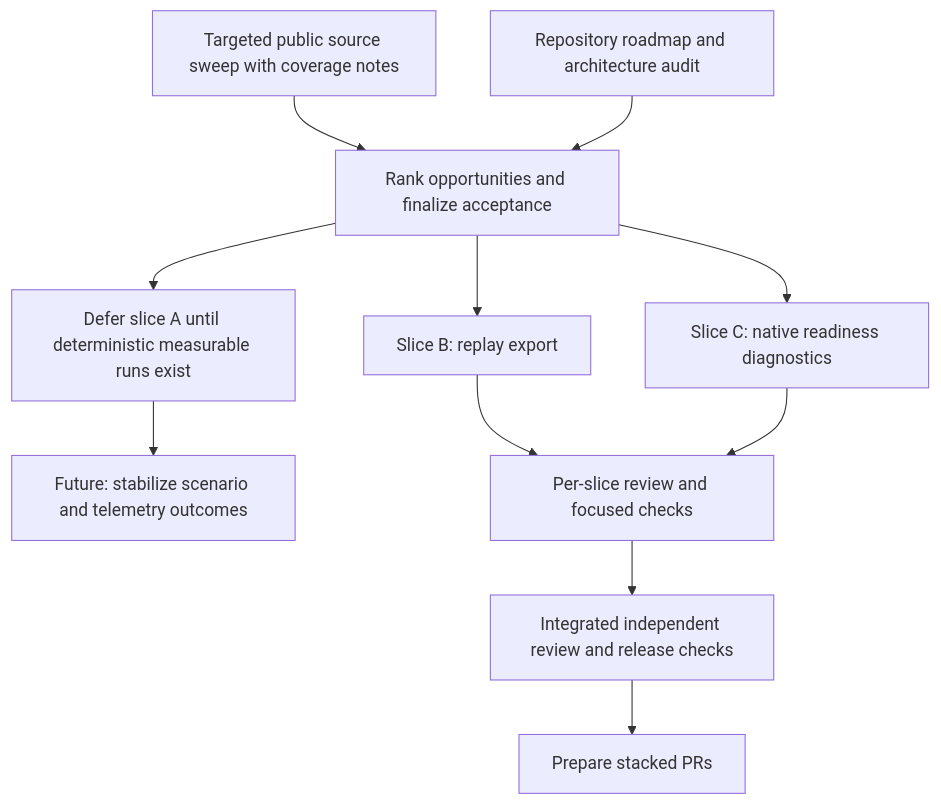
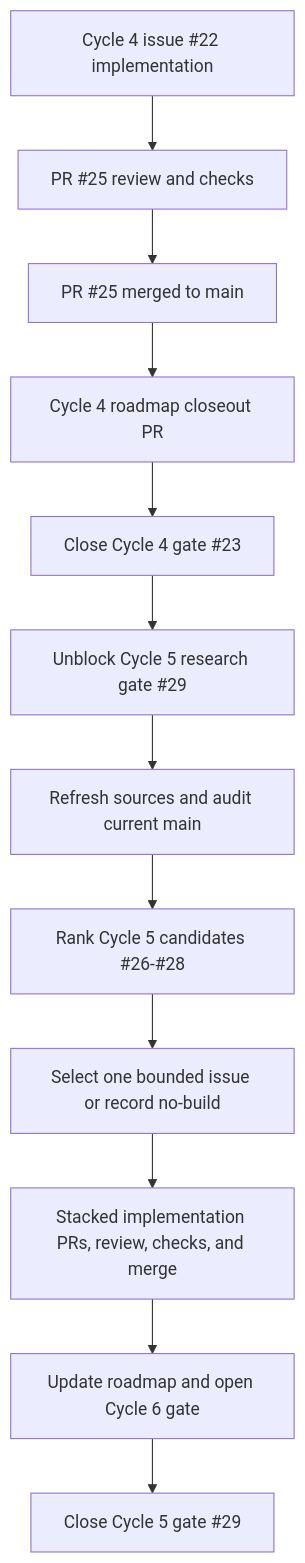
The first of 3 diagrams in docs/roadmap/ai-gaming-opportunities.md (SYMBaiEX/OpenController), drawn with Mermaid before and after one commit. The commit also changed other lines of this file, not shown here.

Commit message:
docs: close Cycle 4 and stage Cycle 5 research

````diff
--- a/docs/roadmap/ai-gaming-opportunities.md
+++ b/docs/roadmap/ai-gaming-opportunities.md
@@ -161,13 +161,14 @@
 ```mermaid
 flowchart TD
-  A[Targeted public source sweep with coverage notes] --> C[Rank opportunities and finalize acceptance]
-  B[Repository roadmap and architecture audit] --> C
-  C --> D[Slice B: replay export]
-  C --> E[Slice C: native readiness diagnostics]
-  C --> F[Defer slice A until deterministic measurable runs exist]
-  F --> G[Future: stabilize scenario and telemetry outcomes]
-  D --> H[Per-slice review and focused checks]
-  E --> H
-  H --> I[Integrated independent review and release checks]
-  I --> J[Prepare stacked PRs]
+  A[Cycle 4 issue #22 implementation] --> B[PR #25 review and checks]
+  B --> C[PR #25 merged to main]
+  C --> D[Cycle 4 roadmap closeout PR]
+  D --> E[Close Cycle 4 gate #23]
+  E --> F[Unblock Cycle 5 research gate #29]
+  F --> G[Refresh sources and audit current main]
+  G --> H[Rank Cycle 5 candidates #26-#28]
+  H --> I[Select one bounded issue or record no-build]
+  I --> J[Stacked implementation PRs, review, checks, and merge]
+  J --> K[Update roadmap and open Cycle 6 gate]
+  K --> L[Close Cycle 5 gate #29]
 ```
````
